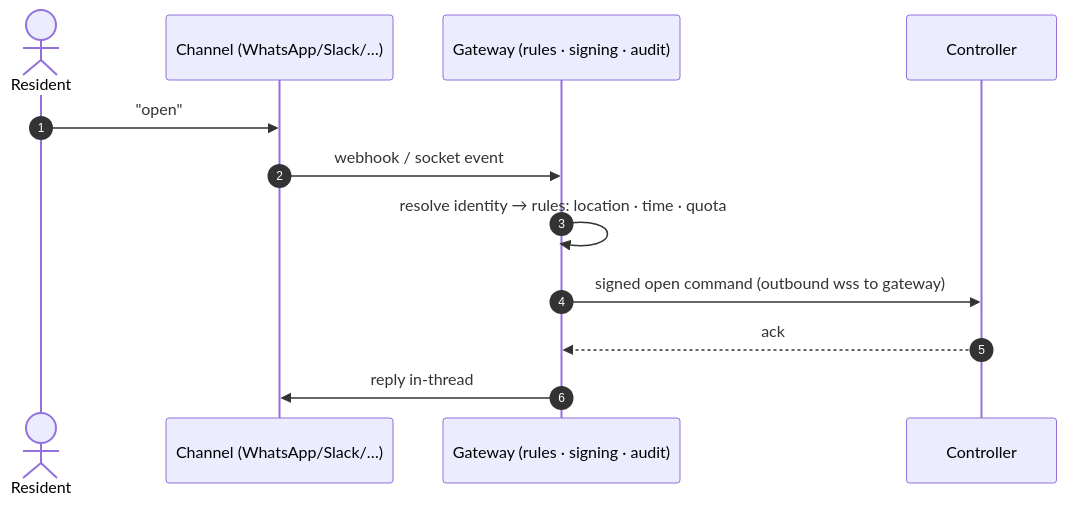
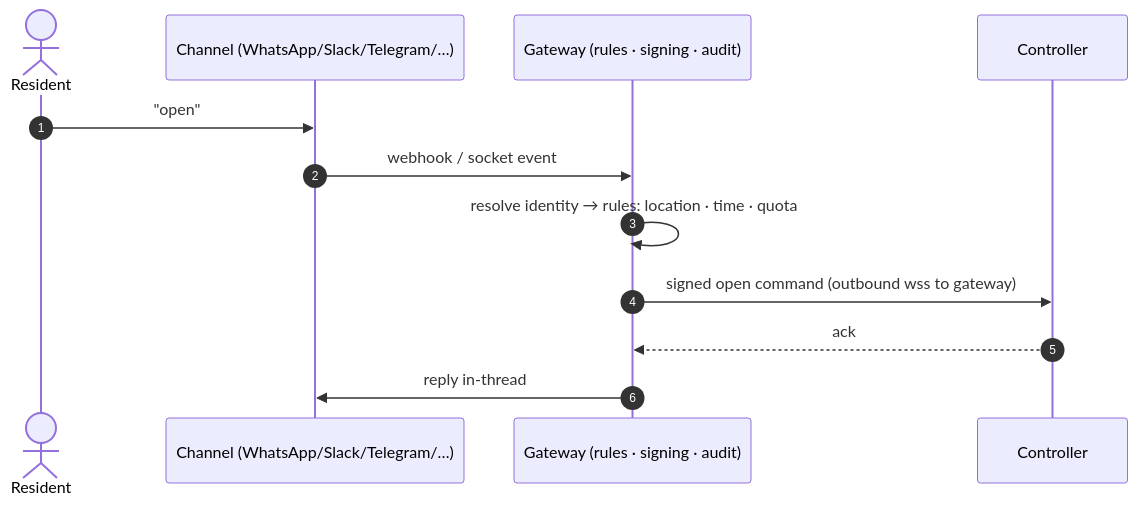
One commit to vul-os/whatsacc changed the second of 2 diagrams in README.md. Above: the diagram before and after it, drawn with Mermaid. The commit also changed other lines of this file and 26 other files, not shown here.

````diff
--- a/README.md
+++ b/README.md
@@ -166,14 +200,14 @@
 ```mermaid
 sequenceDiagram
     autonumber
     actor R as Resident
-    participant CH as Channel (WhatsApp/Slack/…)
+    participant CH as Channel (WhatsApp/Slack/Telegram/…)
     participant GW as Gateway (rules · signing · audit)
     participant C as Controller
     R->>CH: "open"
     CH->>GW: webhook / socket event
     GW->>GW: resolve identity → rules: location · time · quota
     GW->>C: signed open command (outbound wss to gateway)
     C-->>GW: ack
     GW->>CH: reply in-thread
 ```
````
